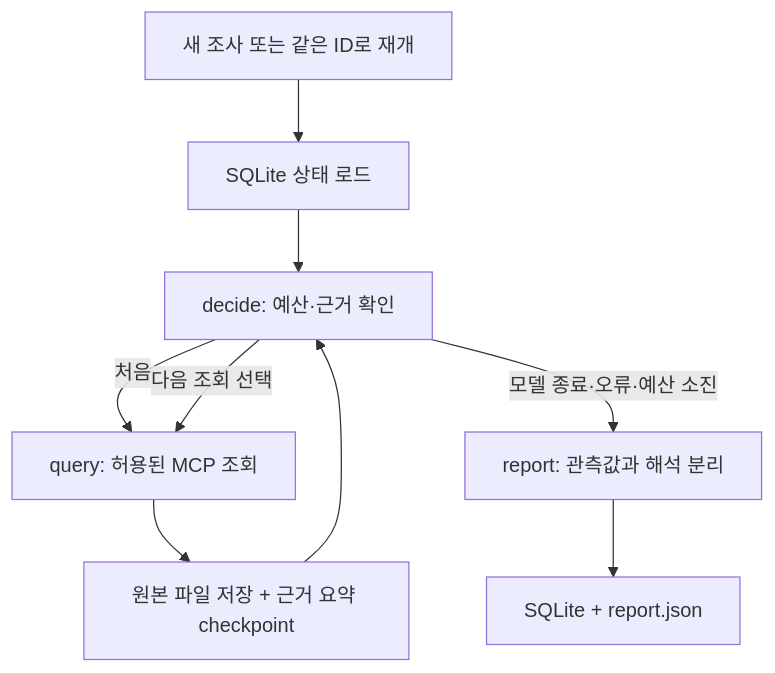
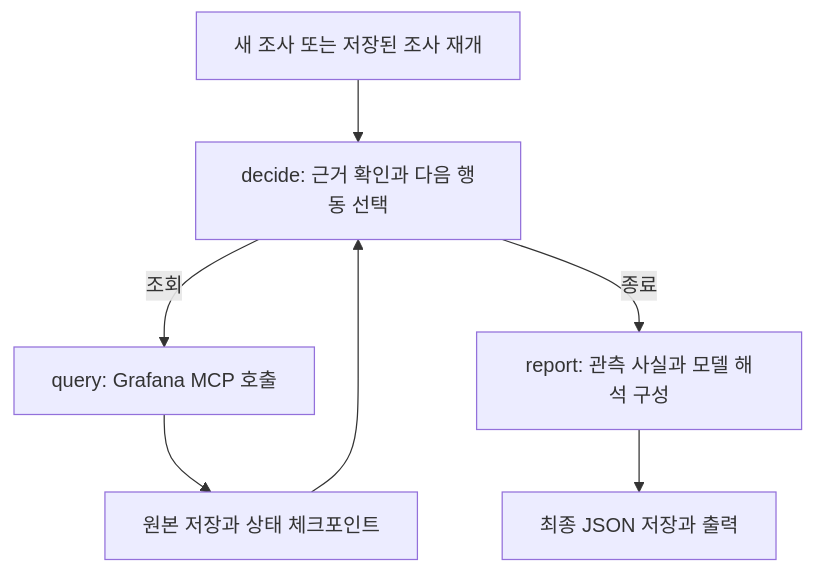
The diagram in docs/architecture/agent-workflow.md (mediunn/Livith-Ops-Agent), drawn with Mermaid before and after one commit. The commit also changed other lines of this file and 6 other files, not shown here.

````diff
--- a/docs/architecture/agent-workflow.md
+++ b/docs/architecture/agent-workflow.md
@@ -37,11 +10,9 @@
 ```mermaid
 flowchart TD
-  CLI[새 조사 또는 같은 ID로 재개] --> DB[SQLite 상태 로드]
-  DB --> Decide[decide: 예산·근거 확인]
-  Decide -->|처음| Query[query: 허용된 MCP 조회]
-  Decide -->|다음 조회 선택| Query
-  Query --> Save[원본 파일 저장 + 근거 요약 checkpoint]
+  Start[새 조사 또는 저장된 조사 재개] --> Decide[decide: 근거 확인과 다음 행동 선택]
+  Decide -->|조회| Query[query: Grafana MCP 호출]
+  Query --> Save[원본 저장과 상태 체크포인트]
   Save --> Decide
-  Decide -->|모델 종료·오류·예산 소진| Report[report: 관측값과 해석 분리]
-  Report --> Result[SQLite + report.json]
+  Decide -->|종료| Report[report: 관측 사실과 모델 해석 구성]
+  Report --> Result[최종 JSON 저장과 출력]
 ```
````
